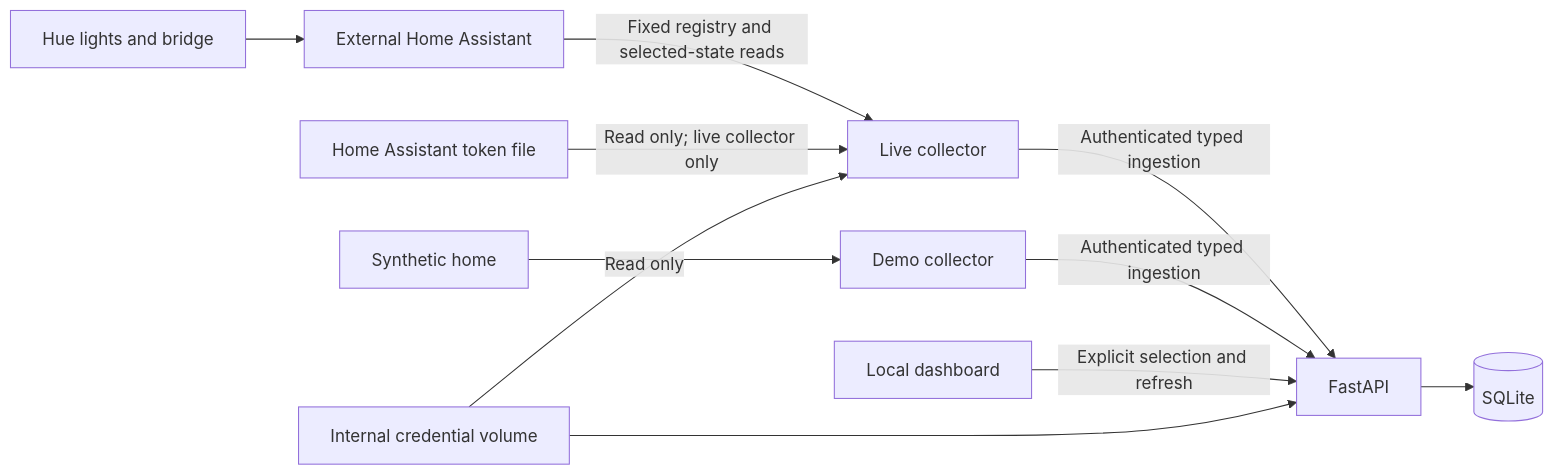
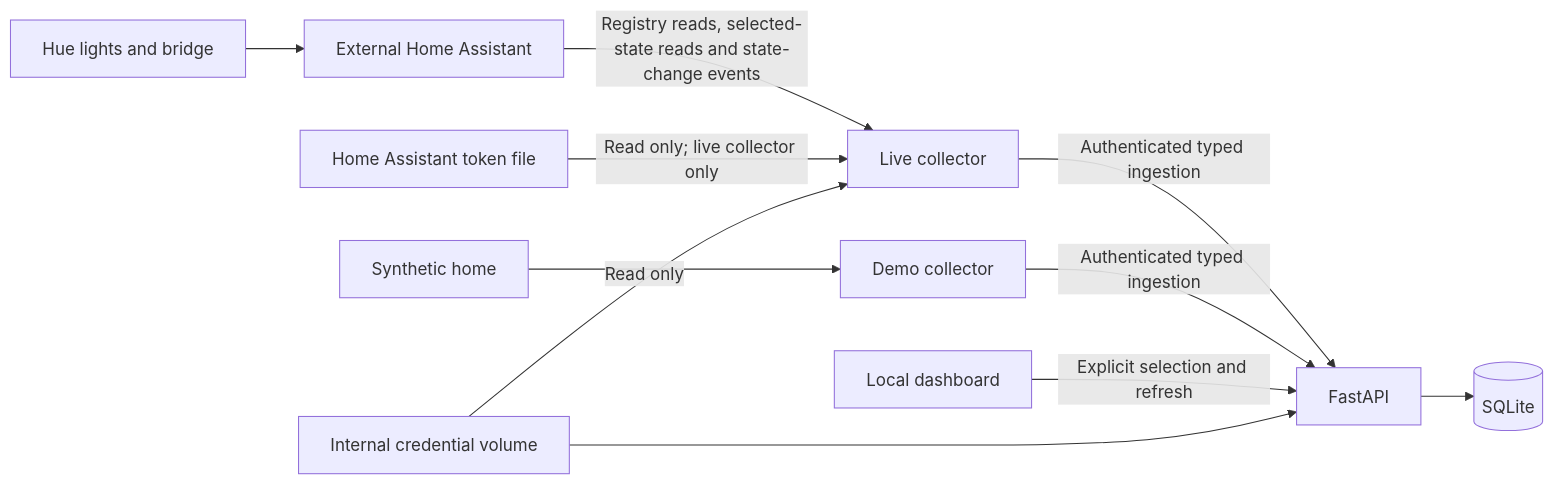
Before and after one commit to alitaghub/home-keeper: the diagram in README.md, drawn with Mermaid. The commit also changed other lines of this file and 19 other files, not shown here.

````diff
--- a/README.md
+++ b/README.md
@@ -142,13 +186,13 @@
 ```mermaid
 flowchart LR
     H[Hue lights and bridge] --> HA[External Home Assistant]
-    HA -->|Fixed registry and selected-state reads| C[Live collector]
+    HA -->|Registry reads, selected-state reads and state-change events| C[Live collector]
     D[Synthetic home] --> DC[Demo collector]
     C -->|Authenticated typed ingestion| A[FastAPI]
     DC -->|Authenticated typed ingestion| A
     A --> S[(SQLite)]
     B[Local dashboard] -->|Explicit selection and refresh| A
     T[Home Assistant token file] -->|Read only; live collector only| C
     V[Internal credential volume] --> A
     V -->|Read only| C
 ```
````
